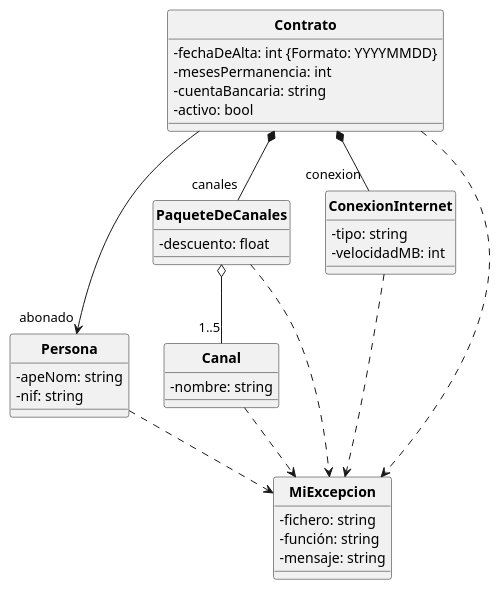
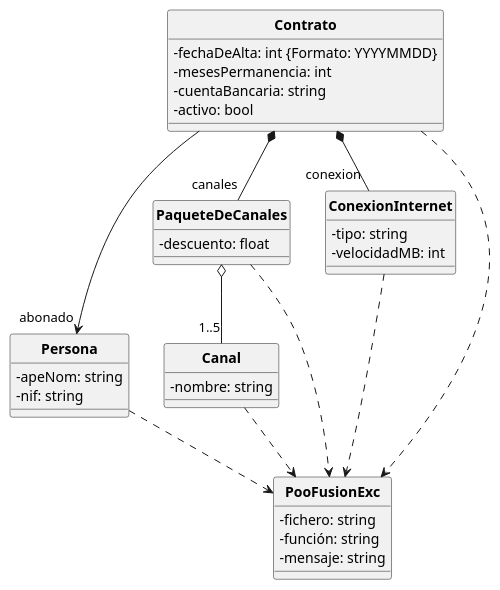
The diagram in PooFusion.puml (POOUJA/PooFusion), drawn with PlantUML before and after one commit. The commit also changed 15 other files, not shown here.

```diff
--- a/PooFusion.puml
+++ b/PooFusion.puml
@@ -1,48 +1,48 @@
 @startuml
 
 hide circle
 skinparam classattributeiconsize 0
 skinparam classFontStyle bold
 
 class Contrato {
  - fechaDeAlta: int {Formato: YYYYMMDD}
  - mesesPermanencia: int
  - cuentaBancaria: string
  - activo: bool
 }
 
 class Persona {
  - apeNom: string
  - nif: string
 }
 
 class PaqueteDeCanales{
  - descuento: float
 }
 
 class ConexionInternet {
  - tipo: string
  - velocidadMB: int
 }
 
 class Canal {
  - nombre: string
 }
 
-class MiExcepcion{
+class PooFusionExc{
  - fichero: string
  - función: string
  - mensaje: string
 }
 
 Contrato *-- "conexion" ConexionInternet
 Contrato *-- "canales" PaqueteDeCanales
 Contrato --> "abonado" Persona
 PaqueteDeCanales o-- "1..5" Canal
-Contrato ..> MiExcepcion
-Canal ..> MiExcepcion
-ConexionInternet ..> MiExcepcion
-Persona ..> MiExcepcion
-PaqueteDeCanales ..> MiExcepcion
+Contrato ..> PooFusionExc
+Canal ..> PooFusionExc
+ConexionInternet ..> PooFusionExc
+Persona ..> PooFusionExc
+PaqueteDeCanales ..> PooFusionExc
 
 @enduml
```
